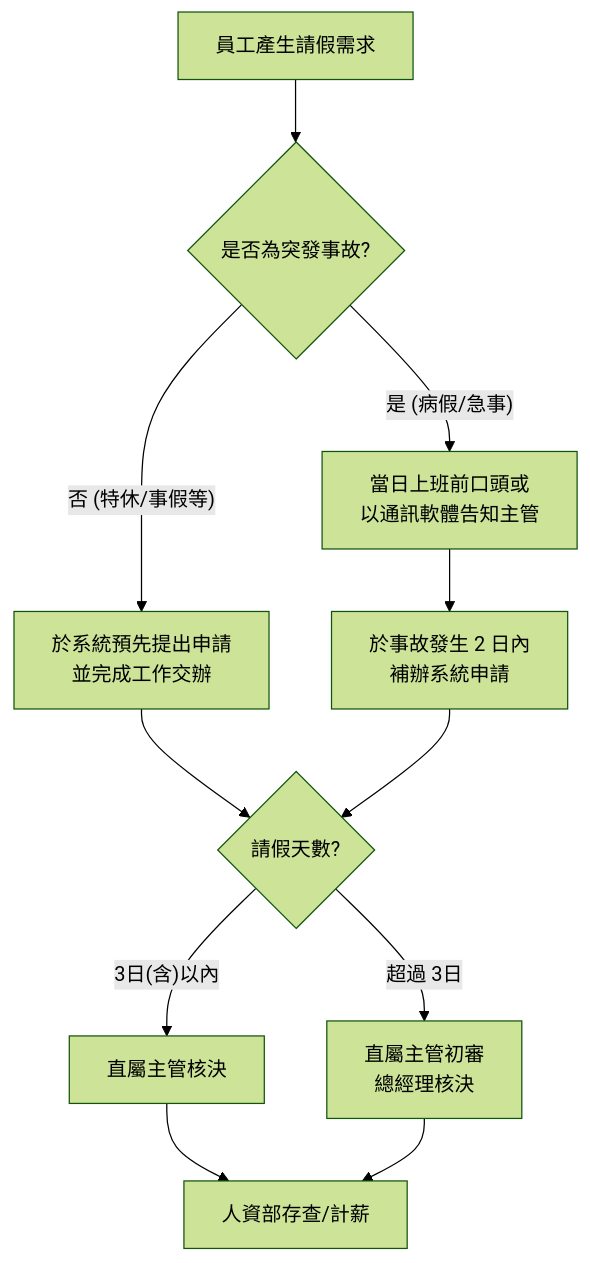
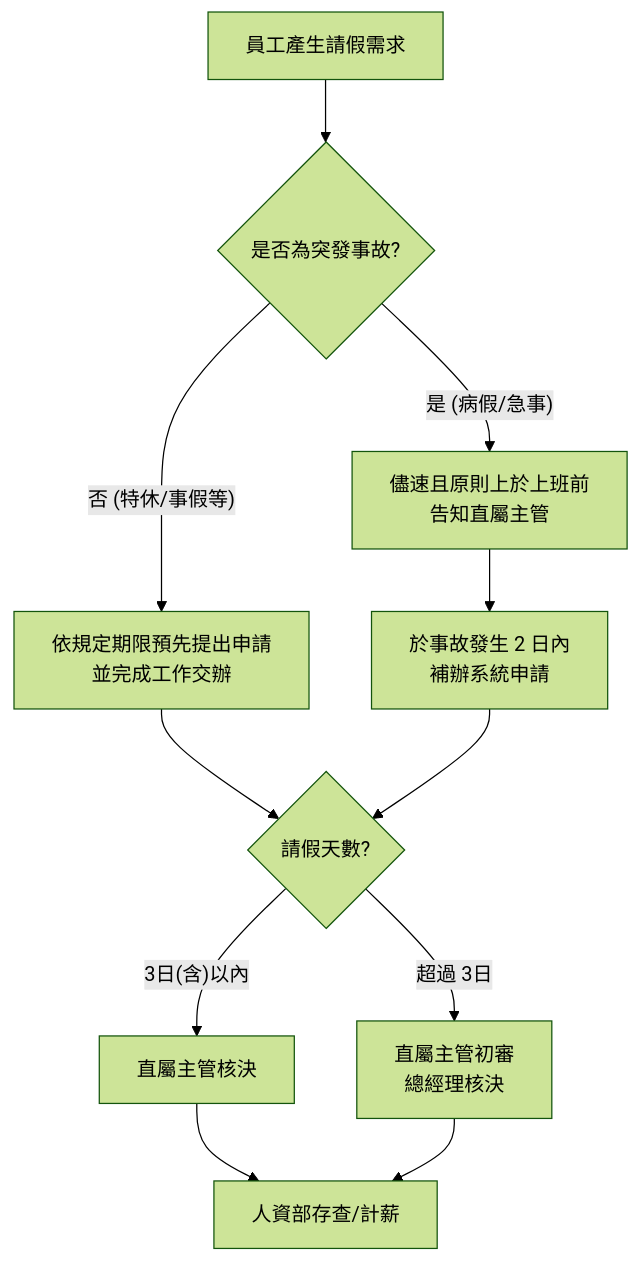
Before and after one commit to fordissi/Corporate-HR-Handbook: the diagram in Employee Handbook/HR-PR-ATT-01_員工請假管理程序.md, drawn with Mermaid (forest theme). The commit also changed other lines of this file and 56 other files, not shown here.

````diff
--- a/Employee Handbook/HR-PR-ATT-01_員工請假管理程序.md
+++ b/Employee Handbook/HR-PR-ATT-01_員工請假管理程序.md
@@ -11,13 +53,13 @@
 ```mermaid
 flowchart TD
     A[員工產生請假需求] --> B{是否為突發事故?}
-    B -- 否 (特休/事假等) --> C[於系統預先提出申請<br>並完成工作交辦]
-    B -- 是 (病假/急事) --> D[當日上班前口頭或<br>以通訊軟體告知主管]
+    B -- 否 (特休/事假等) --> C[依規定期限預先提出申請<br>並完成工作交辦]
+    B -- 是 (病假/急事) --> D[儘速且原則上於上班前<br>告知直屬主管]
     D --> E[於事故發生 2 日內<br>補辦系統申請]
     C --> F{請假天數?}
     E --> F
     F -- 3日(含)以內 --> G[直屬主管核決]
     F -- 超過 3日 --> H[直屬主管初審<br>總經理核決]
     G --> I[人資部存查/計薪]
     H --> I
 ```
````
